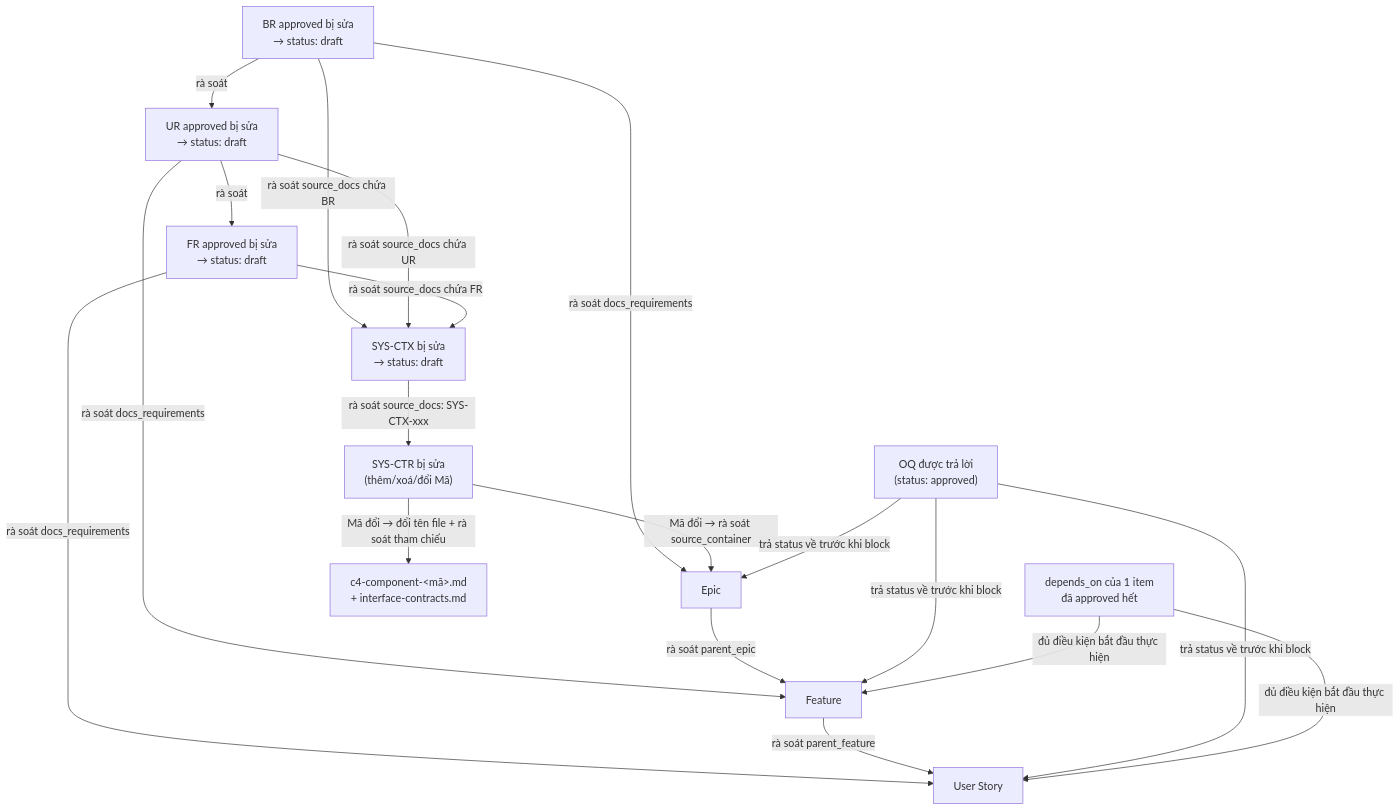
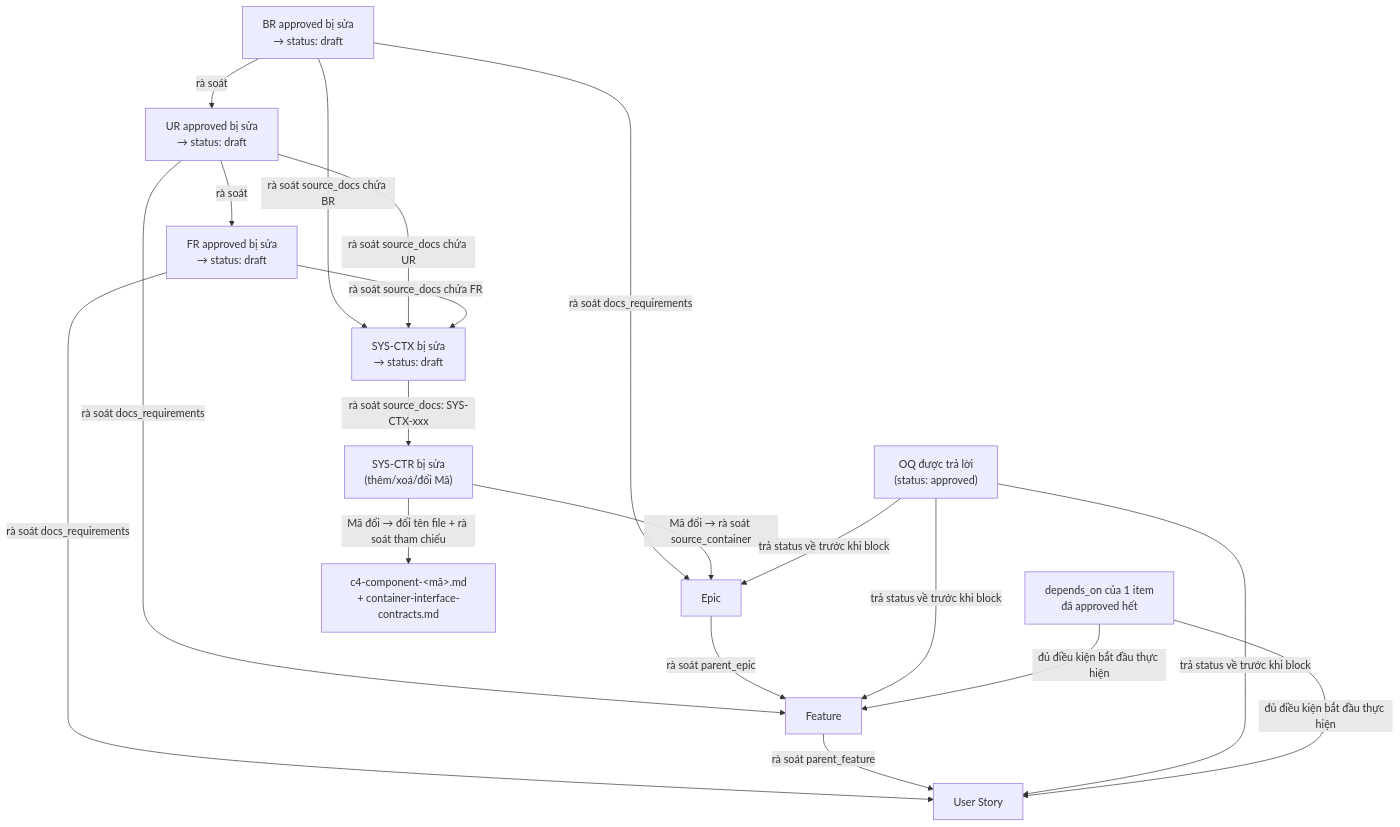
The second of 2 diagrams in AGENTS.md (elsieej/spec-kit-template), drawn with Mermaid before and after one commit. The commit also changed other lines of this file, not shown here.

Commit message:
docs(agents): propagate container-interface-contracts.md rename + CIC references

````diff
--- a/AGENTS.md
+++ b/AGENTS.md
@@ -218,32 +220,32 @@
 ```mermaid
 flowchart TD
     BR["BR approved bị sửa<br/>→ status: draft"]
     UR["UR approved bị sửa<br/>→ status: draft"]
     FR["FR approved bị sửa<br/>→ status: draft"]
     CTX["SYS-CTX bị sửa<br/>→ status: draft"]
     CTR["SYS-CTR bị sửa<br/>(thêm/xoá/đổi Mã)"]
     EPIC["Epic"]
     FEAT["Feature"]
     US["User Story"]
     OQ["OQ được trả lời<br/>(status: approved)"]
     DEP["depends_on của 1 item<br/>đã approved hết"]
 
     BR -->|rà soát| UR
     BR -->|rà soát source_docs chứa BR| CTX
     BR -->|rà soát docs_requirements| EPIC
     UR -->|rà soát| FR
     UR -->|rà soát source_docs chứa UR| CTX
     UR -->|rà soát docs_requirements| FEAT
     FR -->|rà soát source_docs chứa FR| CTX
     FR -->|rà soát docs_requirements| US
     CTX -->|rà soát source_docs: SYS-CTX-xxx| CTR
     CTR -->|Mã đổi → rà soát source_container| EPIC
-    CTR -->|Mã đổi → đổi tên file + rà soát tham chiếu| CMPIFC["c4-component-&lt;mã&gt;.md<br/>+ interface-contracts.md"]
+    CTR -->|Mã đổi → đổi tên file + rà soát tham chiếu| CMPIFC["c4-component-&lt;mã&gt;.md<br/>+ container-interface-contracts.md"]
     EPIC -->|rà soát parent_epic| FEAT
     FEAT -->|rà soát parent_feature| US
     OQ -->|trả status về trước khi block| EPIC
     OQ -->|trả status về trước khi block| FEAT
     OQ -->|trả status về trước khi block| US
     DEP -->|đủ điều kiện bắt đầu thực hiện| FEAT
     DEP -->|đủ điều kiện bắt đầu thực hiện| US
 ```
````
